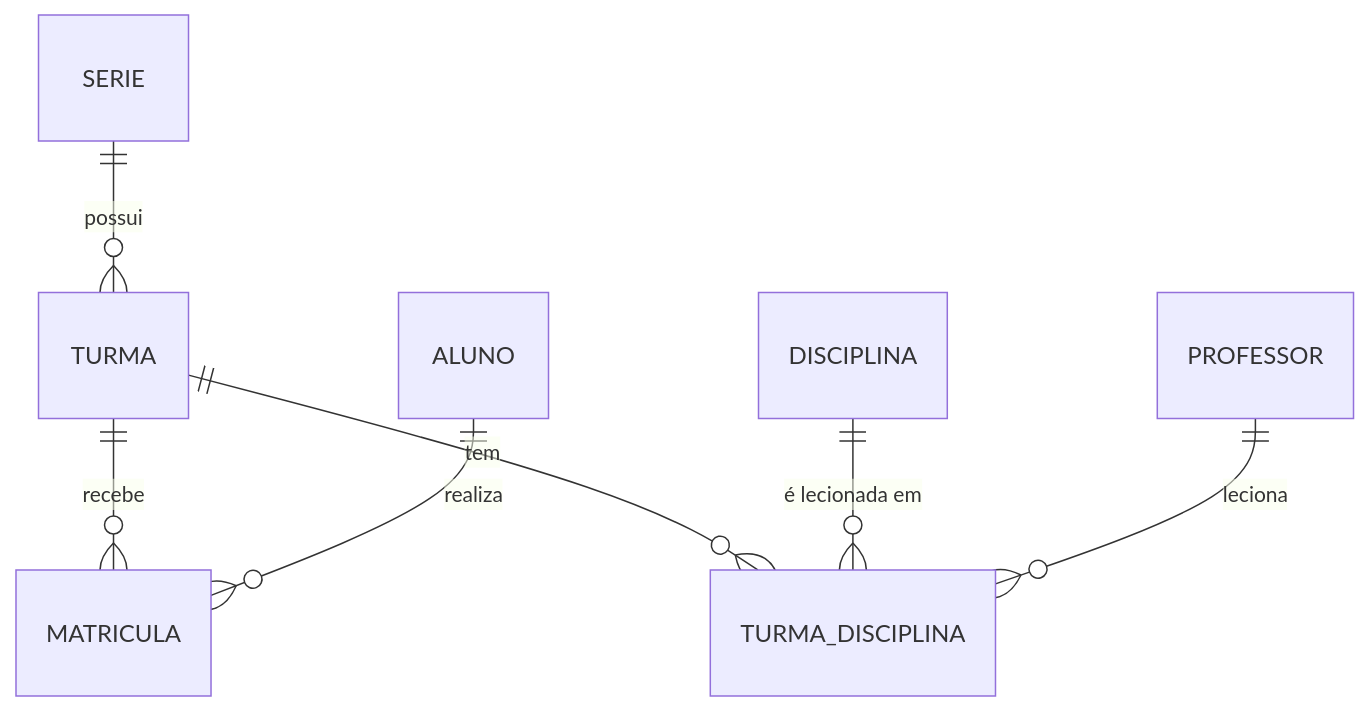
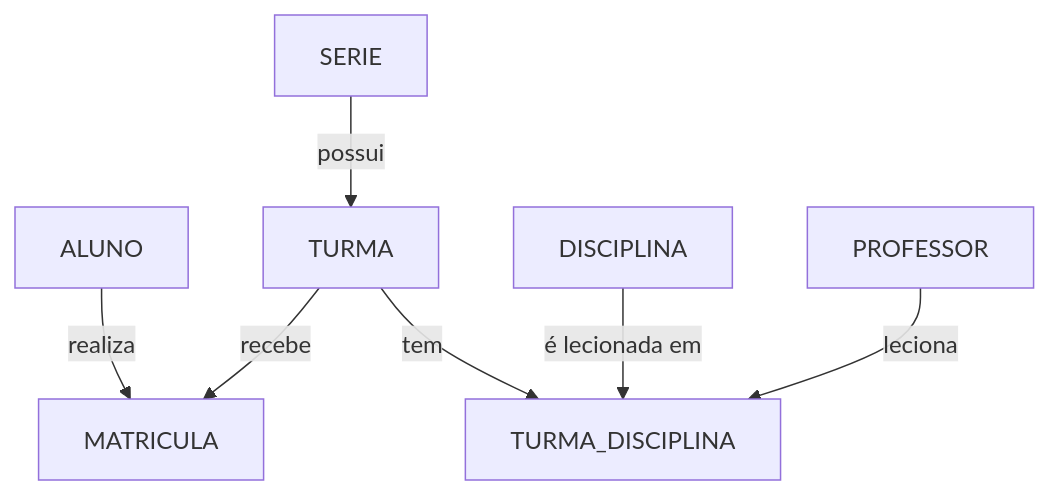
The diagram in README.md (GabrielFabianoAlmeida/Sistema-Escola-Sql), drawn with Mermaid before and after one commit.

Commit message:
Replace ER diagram with flowchart in README

````diff
--- a/README.md
+++ b/README.md
@@ -34,9 +34,9 @@
 ```mermaid
-erDiagram
-    SERIE ||--o{ TURMA : "possui"
-    TURMA ||--o{ MATRICULA : "recebe"
-    ALUNO ||--o{ MATRICULA : "realiza"
-    TURMA ||--o{ TURMA_DISCIPLINA : "tem"
-    DISCIPLINA ||--o{ TURMA_DISCIPLINA : "é lecionada em"
-    PROFESSOR ||--o{ TURMA_DISCIPLINA : "leciona"
+flowchart TD
+    SERIE -->|possui| TURMA
+    ALUNO -->|realiza| MATRICULA
+    TURMA -->|recebe| MATRICULA
+    TURMA -->|tem| TURMA_DISCIPLINA
+    DISCIPLINA -->|é lecionada em| TURMA_DISCIPLINA
+    PROFESSOR -->|leciona| TURMA_DISCIPLINA
 ```
````
